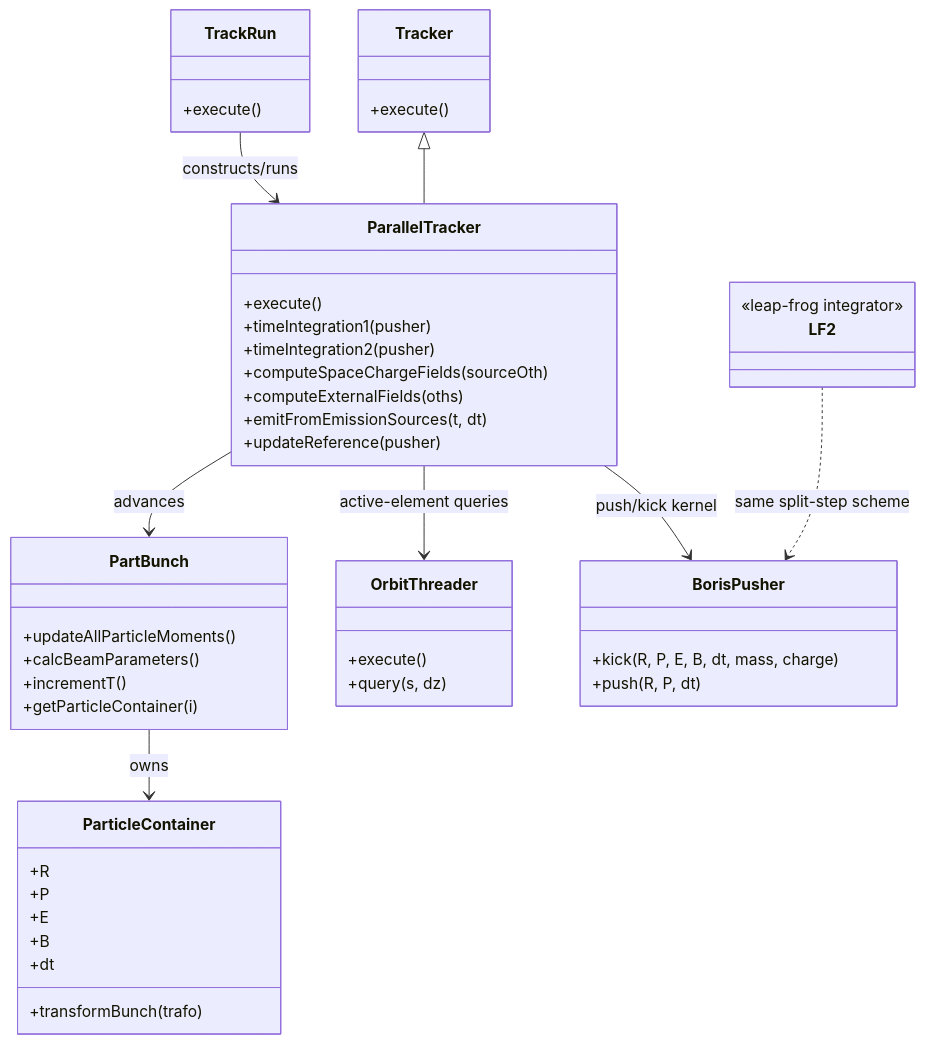
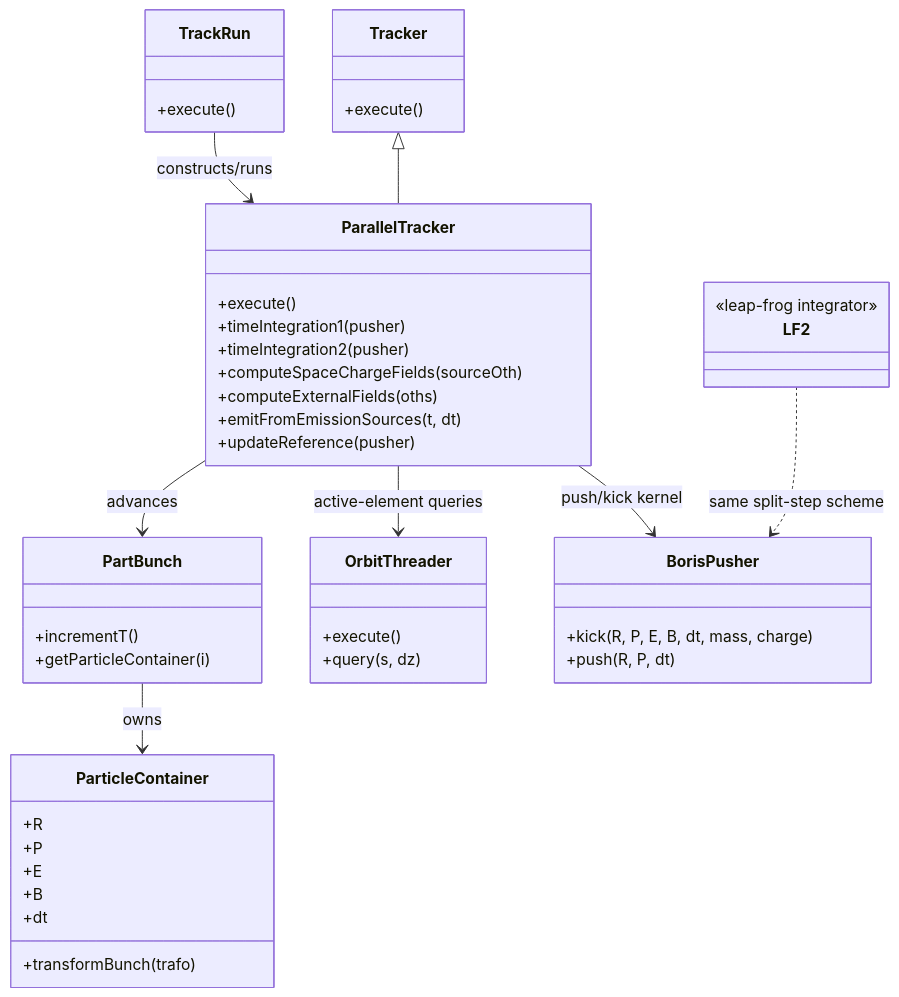
One commit to OPALX-project/opalx-manual changed the diagram in physics/overview/index.qmd. Above: the diagram before and after it, drawn with Mermaid. The commit also changed other lines of this file and 6 other files, not shown here.

````diff
--- a/physics/overview/index.qmd
+++ b/physics/overview/index.qmd
@@ -320,62 +320,60 @@
 ```{mermaid}
 %%| label: fig-overview-integration-class-diagram
 %%| fig-cap: "Current time-integration structure used by the OPALX parallel tracker."
 classDiagram
   direction TB
 
   class TrackRun {
     +execute()
   }
 
   class Tracker {
     +execute()
   }
 
   class ParallelTracker {
     +execute()
     +timeIntegration1(pusher)
     +timeIntegration2(pusher)
     +computeSpaceChargeFields(sourceOth)
     +computeExternalFields(oths)
     +emitFromEmissionSources(t, dt)
     +updateReference(pusher)
   }
 
   class PartBunch {
-    +updateAllParticleMoments()
-    +calcBeamParameters()
     +incrementT()
     +getParticleContainer(i)
   }
 
   class ParticleContainer {
     +R
     +P
     +E
     +B
     +dt
     +transformBunch(trafo)
   }
 
   class OrbitThreader {
     +execute()
     +query(s, dz)
   }
 
   class BorisPusher {
     +kick(R, P, E, B, dt, mass, charge)
     +push(R, P, dt)
   }
 
   class LF2 {
     <<leap-frog integrator>>
   }
 
   TrackRun --> ParallelTracker : constructs/runs
   Tracker <|-- ParallelTracker
   ParallelTracker --> PartBunch : advances
   PartBunch --> ParticleContainer : owns
   ParallelTracker --> OrbitThreader : active-element queries
   ParallelTracker --> BorisPusher : push/kick kernel
   LF2 ..> BorisPusher : same split-step scheme
 ```
````
